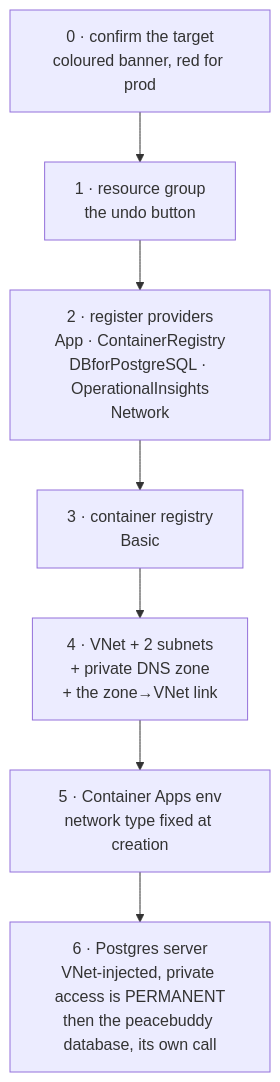
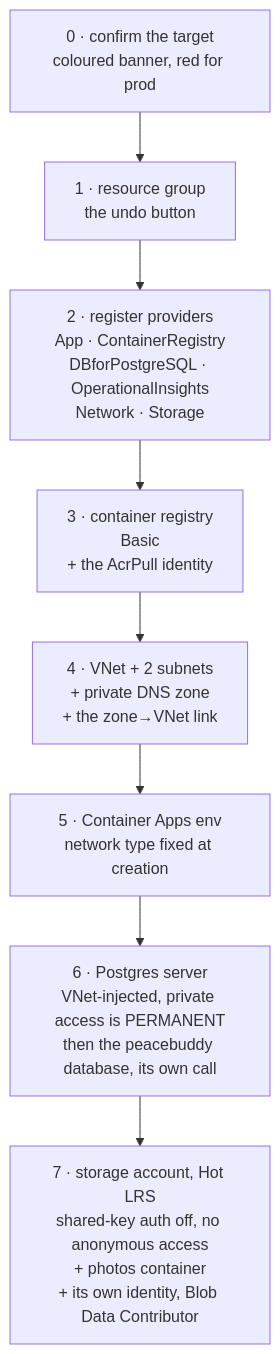
One commit to Lynns0416/buddy-app-copy changed the fourth of 7 diagrams in docs/deploy-plan.md. Above: the diagram before and after it, drawn with Mermaid. The commit also changed other lines of this file and 5 other files, not shown here.

````diff
--- a/docs/deploy-plan.md
+++ b/docs/deploy-plan.md
@@ -187,9 +187,10 @@
 ```mermaid
 flowchart TB
     CONF["0 · confirm the target<br/>coloured banner, red for prod"] --> RG["1 · resource group<br/>the undo button"]
-    RG --> PROV["2 · register providers<br/>App · ContainerRegistry<br/>DBforPostgreSQL · OperationalInsights<br/>Network"]
-    PROV --> ACR["3 · container registry<br/>Basic"]
+    RG --> PROV["2 · register providers<br/>App · ContainerRegistry<br/>DBforPostgreSQL · OperationalInsights<br/>Network · Storage"]
+    PROV --> ACR["3 · container registry<br/>Basic<br/>+ the AcrPull identity"]
     ACR --> VNET["4 · VNet + 2 subnets<br/>+ private DNS zone<br/>+ the zone→VNet link"]
     VNET --> ENV["5 · Container Apps env<br/>network type fixed at creation"]
     ENV --> PG["6 · Postgres server<br/>VNet-injected, private access is PERMANENT<br/>then the peacebuddy database, its own call"]
+    PG --> ST["7 · storage account, Hot LRS<br/>shared-key auth off, no anonymous access<br/>+ photos container<br/>+ its own identity, Blob Data Contributor"]
 ```
````
